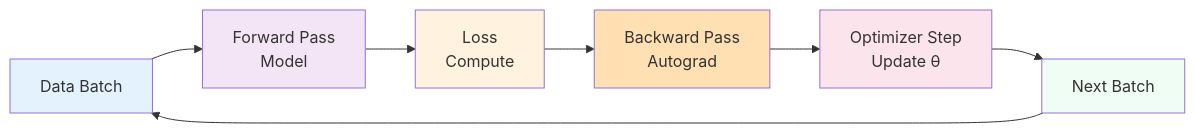
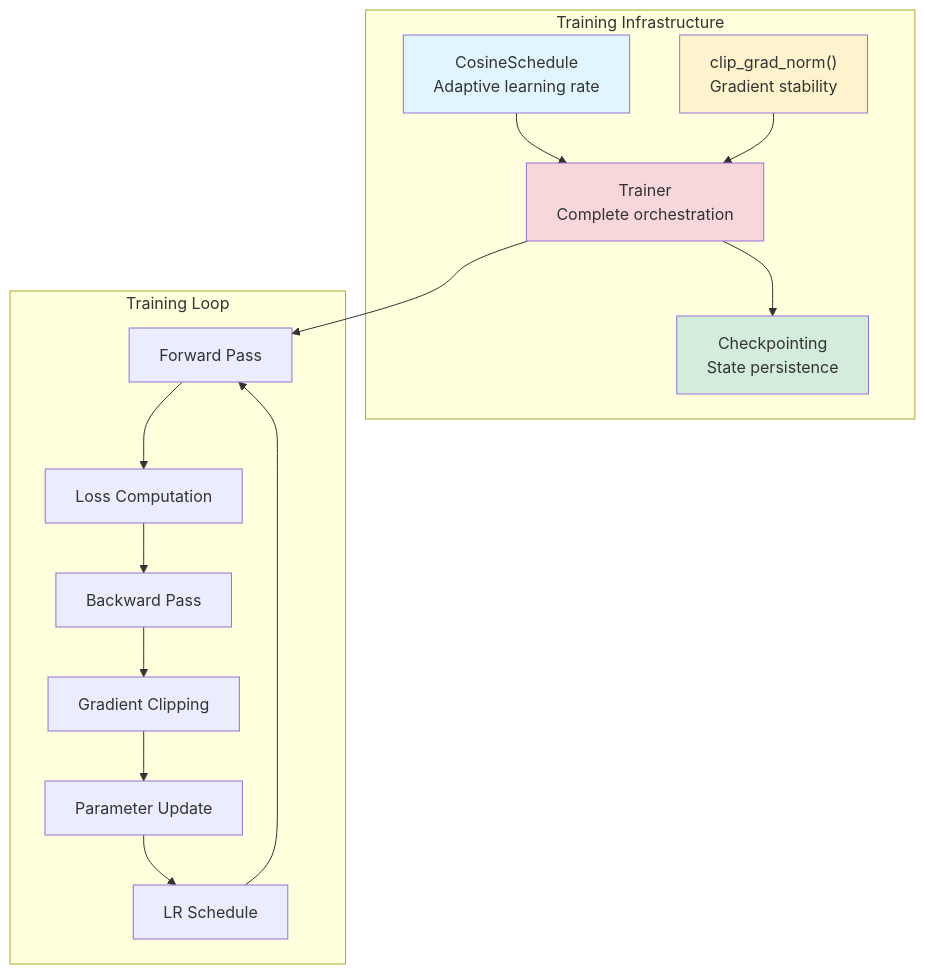
Before and after one commit to harvard-edge/cs249r_book: the diagram in tinytorch/src/07_training/ABOUT.md, drawn with Mermaid. The commit also changed other lines of this file and 18 other files, not shown here.

````diff
--- a/tinytorch/src/07_training/ABOUT.md
+++ b/tinytorch/src/07_training/ABOUT.md
@@ -48,16 +29,28 @@
 ```{mermaid}
-graph LR
-    A[Data Batch] --> B[Forward Pass<br/>Model]
-    B --> C[Loss<br/>Compute]
-    C --> D[Backward Pass<br/>Autograd]
-    D --> E[Optimizer Step<br/>Update θ]
-    E --> F[Next Batch]
-    F --> A
+flowchart TD
+    subgraph "Training Infrastructure"
+        A["CosineSchedule<br/>Adaptive learning rate"]
+        B["clip_grad_norm()<br/>Gradient stability"]
+        C["Trainer<br/>Complete orchestration"]
+        D["Checkpointing<br/>State persistence"]
+    end
 
-    style A fill:#e3f2fd
-    style B fill:#f3e5f5
-    style C fill:#fff3e0
-    style D fill:#ffe0b2
-    style E fill:#fce4ec
-    style F fill:#f0fdf4
+    subgraph "Training Loop"
+        E["Forward Pass"] --> F["Loss Computation"]
+        F --> G["Backward Pass"]
+        G --> H["Gradient Clipping"]
+        H --> I["Parameter Update"]
+        I --> J["LR Schedule"]
+        J --> E
+    end
+
+    A --> C
+    B --> C
+    C --> E
+    C --> D
+
+    style A fill:#e1f5ff
+    style B fill:#fff3cd
+    style C fill:#f8d7da
+    style D fill:#d4edda
 ```
````
